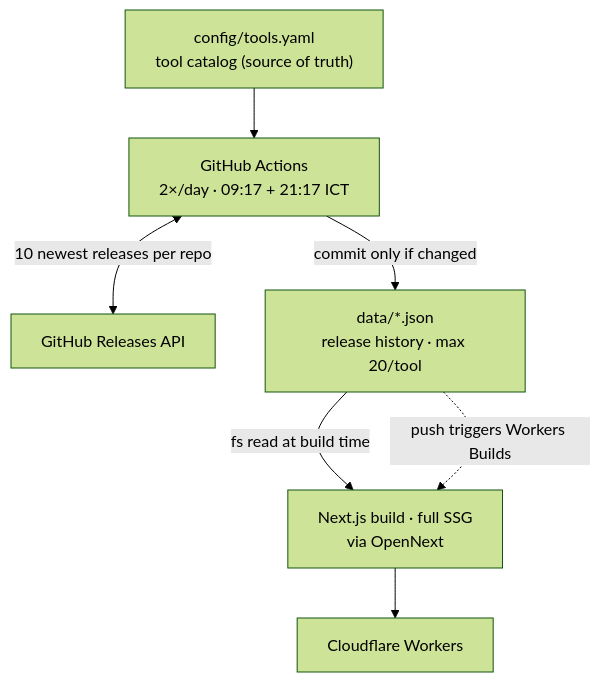
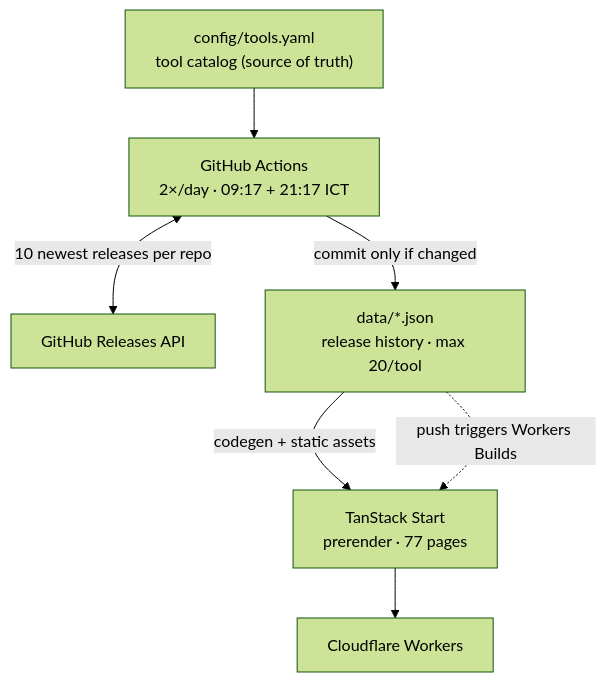
One commit to duynhlab/release-radar changed the diagram in README.md. Above: the diagram before and after it, drawn with Mermaid (forest theme). The commit also changed other lines of this file and 1 other file, not shown here.

First line of the commit message:
docs(readme): rewrite for the tanstack start stack

````diff
--- a/README.md
+++ b/README.md
@@ -6,16 +6,16 @@
 ```mermaid
 flowchart TD
     catalog["config/tools.yaml<br/>tool catalog (source of truth)"]
     sync["GitHub Actions<br/>2×/day · 09:17 + 21:17 ICT"]
     api["GitHub Releases API"]
     data["data/*.json<br/>release history · max 20/tool"]
-    build["Next.js build · full SSG<br/>via OpenNext"]
+    build["TanStack Start<br/>prerender · 77 pages"]
     cf["Cloudflare Workers"]
 
     catalog --> sync
     sync <-->|"10 newest releases per repo"| api
     sync -->|"commit only if changed"| data
-    data -->|"fs read at build time"| build
+    data -->|"codegen + static assets"| build
     build --> cf
     data -.->|"push triggers Workers Builds"| build
 ```
````
